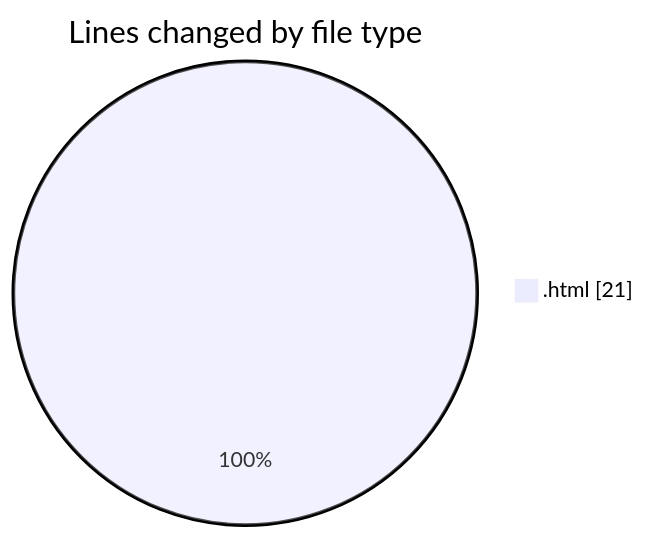
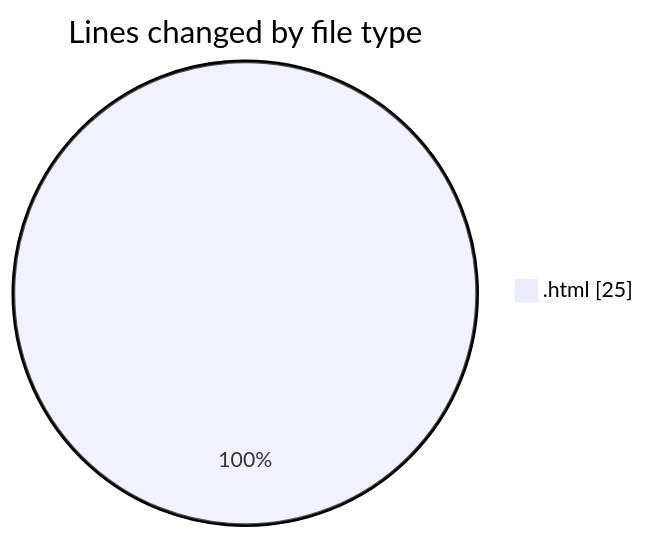
The first of 2 diagrams in 2025-01-09/nueva_carpeta/README.md (LanceThiago/code-tracking), drawn with Mermaid before and after one commit. The commit also changed other lines of this file and 1 other file, not shown here.

````diff
--- a/2025-01-09/nueva_carpeta/README.md
+++ b/2025-01-09/nueva_carpeta/README.md
@@ -20,5 +20,5 @@
 ```mermaid
 pie showData
 title Lines changed by file type
-".html" : 21
+".html" : 25
 ```
````
